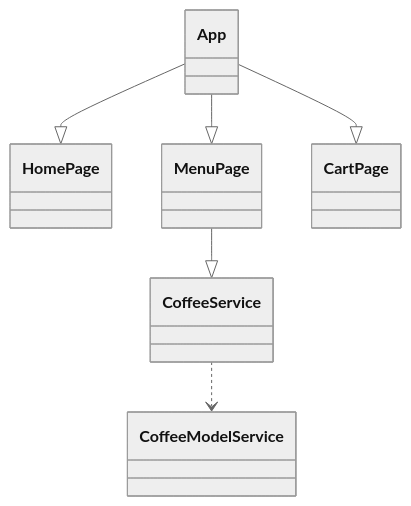
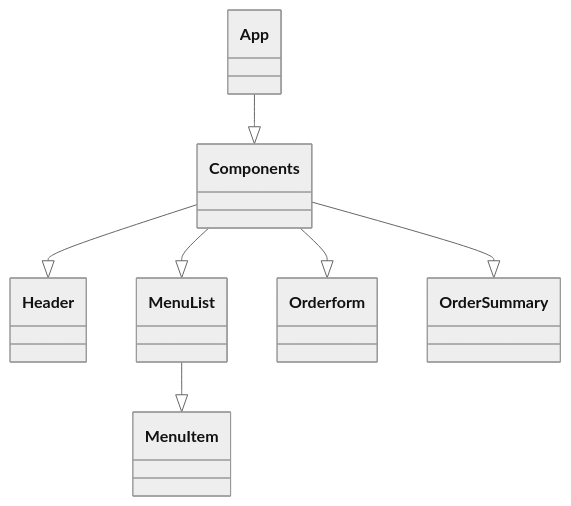
One commit to Nishu2000-hub/MyBlog changed the second of 3 diagrams in README.md. Above: the diagram before and after it, drawn with Mermaid (neutral theme).

````diff
--- a/README.md
+++ b/README.md
@@ -51,8 +51,9 @@
 ```mermaid
 classDiagram
-    App --|> HomePage
-    App --|> MenuPage
-    App --|> CartPage
-    MenuPage --|> CoffeeService
-    CoffeeService ..> CoffeeModelService
+    App --|> Components
+    Components --|> Header
+    Components --|> MenuList
+    MenuList--|> MenuItem
+    Components --|> Orderform
+    Components --|>OrderSummary
 ```
````
